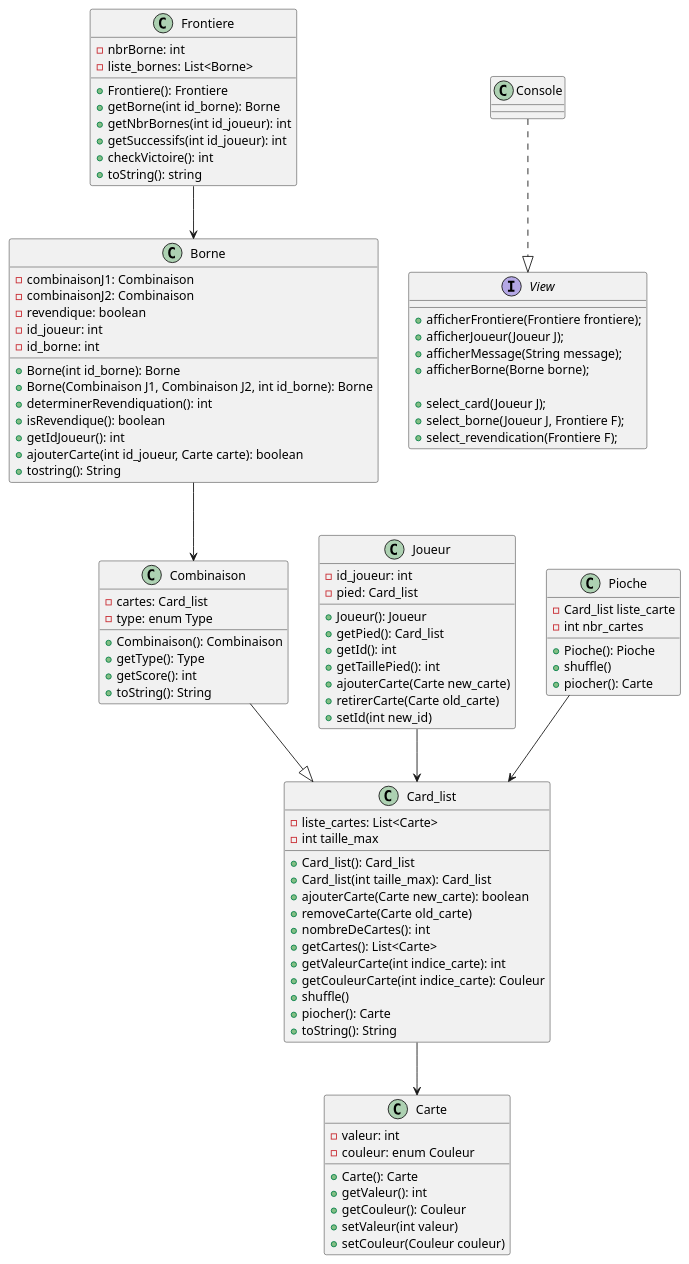
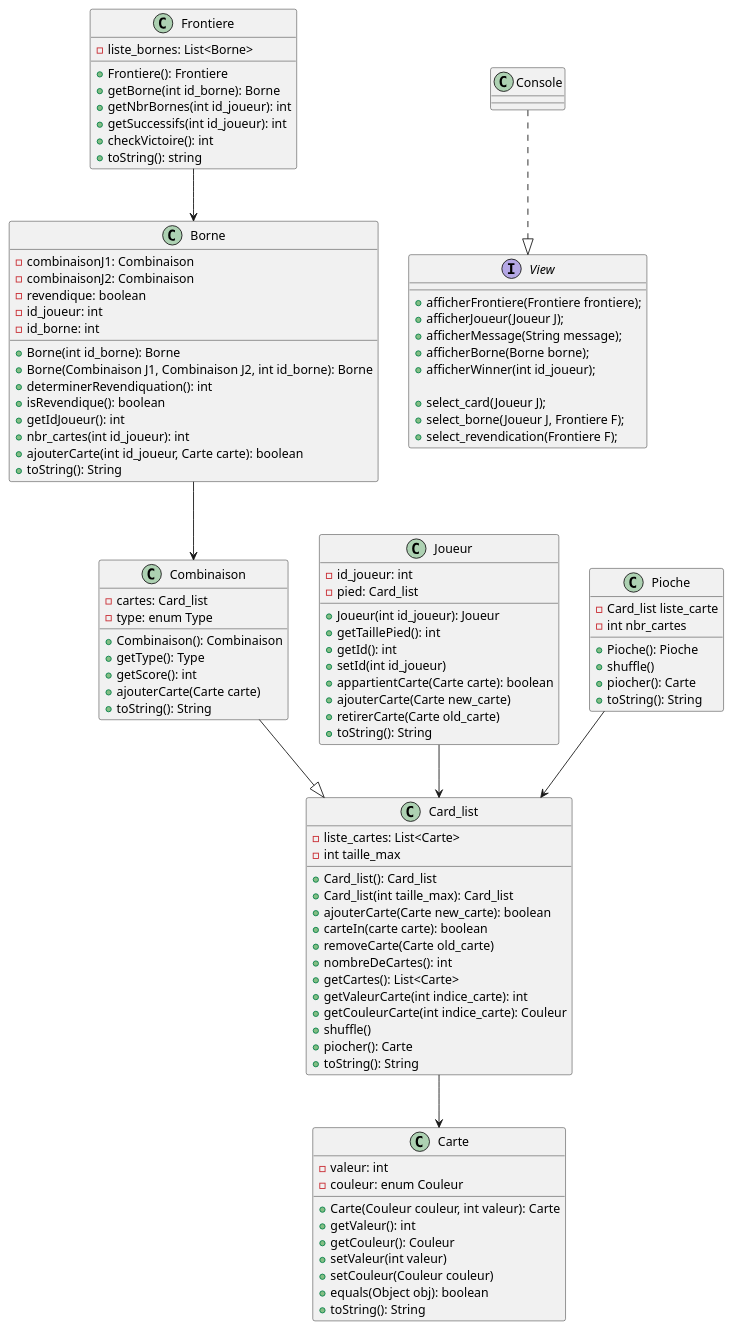
One commit to Pagatok/pg220 changed the diagram in src/diagrams/all.puml. Above: the diagram before and after it, drawn with PlantUML. The commit also changed 11 other files, not shown here.

```diff
--- a/src/diagrams/all.puml
+++ b/src/diagrams/all.puml
@@ -1,112 +1,122 @@
 @startuml all
 
 class Carte{
     - valeur: int
     - couleur: enum Couleur
-    + Carte(): Carte
+    + Carte(Couleur couleur, int valeur): Carte
     + getValeur(): int
     + getCouleur(): Couleur
     + setValeur(int valeur)
     + setCouleur(Couleur couleur)
+    + equals(Object obj): boolean
+    + toString(): String
 }
 
 class Combinaison{
     - cartes: Card_list
     - type: enum Type
+
     + Combinaison(): Combinaison 
     + getType(): Type 
     + getScore(): int 
+    + ajouterCarte(Carte carte)
     + toString(): String
 }
+
 
 class Joueur{
     - id_joueur: int
     - pied: Card_list
-    + Joueur(): Joueur
-    + getPied(): Card_list
+    + Joueur(int id_joueur): Joueur
+    + getTaillePied(): int
     + getId(): int
-    + getTaillePied(): int
+    + setId(int id_joueur)
+    + appartientCarte(Carte carte): boolean
     + ajouterCarte(Carte new_carte)
     + retirerCarte(Carte old_carte)
-    + setId(int new_id)
+    + toString(): String
 }
+
 
 class Card_list{
     - liste_cartes: List<Carte>
     - int taille_max
     + Card_list(): Card_list
     + Card_list(int taille_max): Card_list
     + ajouterCarte(Carte new_carte): boolean
+    + carteIn(carte carte): boolean
     + removeCarte(Carte old_carte)
     + nombreDeCartes(): int 
     + getCartes(): List<Carte> 
     + getValeurCarte(int indice_carte): int
     + getCouleurCarte(int indice_carte): Couleur
     + shuffle()
     + piocher(): Carte
     + toString(): String   
 }
 
 class Borne{
     - combinaisonJ1: Combinaison
     - combinaisonJ2: Combinaison
     - revendique: boolean
     - id_joueur: int
     - id_borne: int
     + Borne(int id_borne): Borne
     + Borne(Combinaison J1, Combinaison J2, int id_borne): Borne
     + determinerRevendiquation(): int
     + isRevendique(): boolean
     + getIdJoueur(): int
+    + nbr_cartes(int id_joueur): int
     + ajouterCarte(int id_joueur, Carte carte): boolean
-    + tostring(): String
+    + toString(): String
 }
 
 class Frontiere{
-    - nbrBorne: int
     - liste_bornes: List<Borne>
     + Frontiere(): Frontiere
     + getBorne(int id_borne): Borne
     + getNbrBornes(int id_joueur): int
     + getSuccessifs(int id_joueur): int
     + checkVictoire(): int
     + toString(): string
 }
 
 
 class Pioche{
     - Card_list liste_carte
     - int nbr_cartes
     + Pioche(): Pioche
     + shuffle()
     + piocher(): Carte
+    + toString(): String
 
 }
 
 Combinaison --|> Card_list
 Joueur --> Card_list
 Card_list --> Carte
 Borne --> Combinaison
 Frontiere --> Borne
 Pioche --> Card_list
 
 
 
 interface View{
     + afficherFrontiere(Frontiere frontiere);
     + afficherJoueur(Joueur J);
     + afficherMessage(String message);
     + afficherBorne(Borne borne);
+    + afficherWinner(int id_joueur);
 
     + select_card(Joueur J);
     + select_borne(Joueur J, Frontiere F);
     + select_revendication(Frontiere F);
 }
 
 class Console{
 
 }
 
 Console ..|> View
 
 @enduml
```
